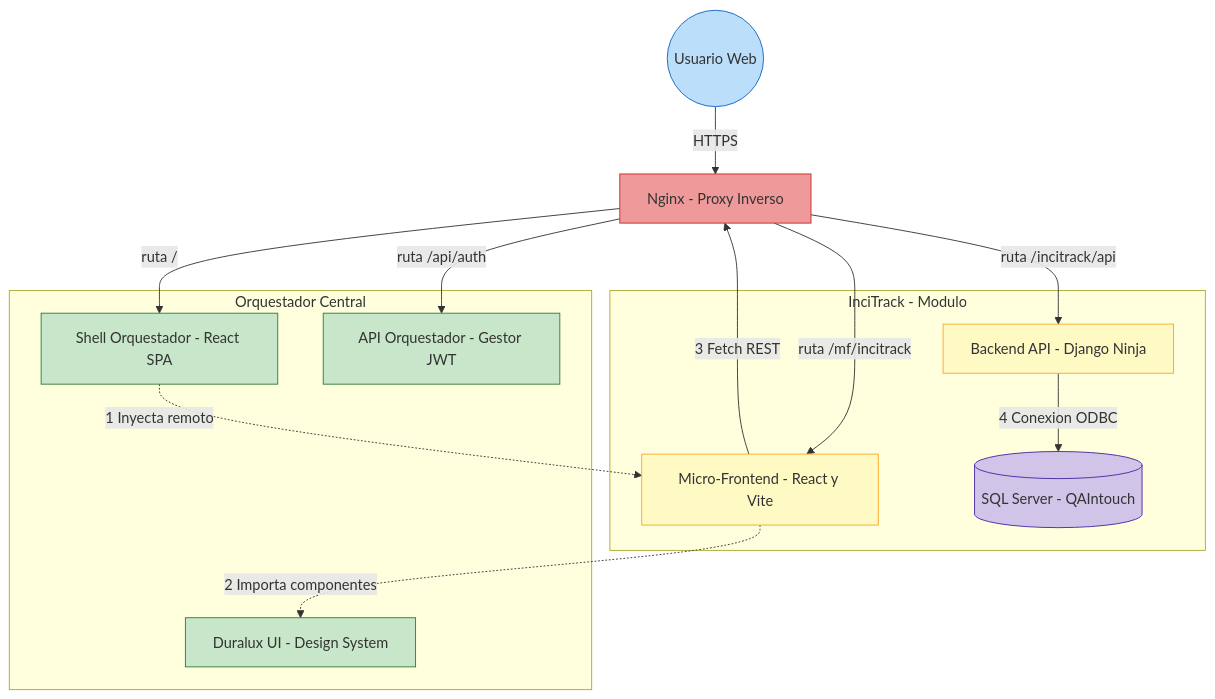
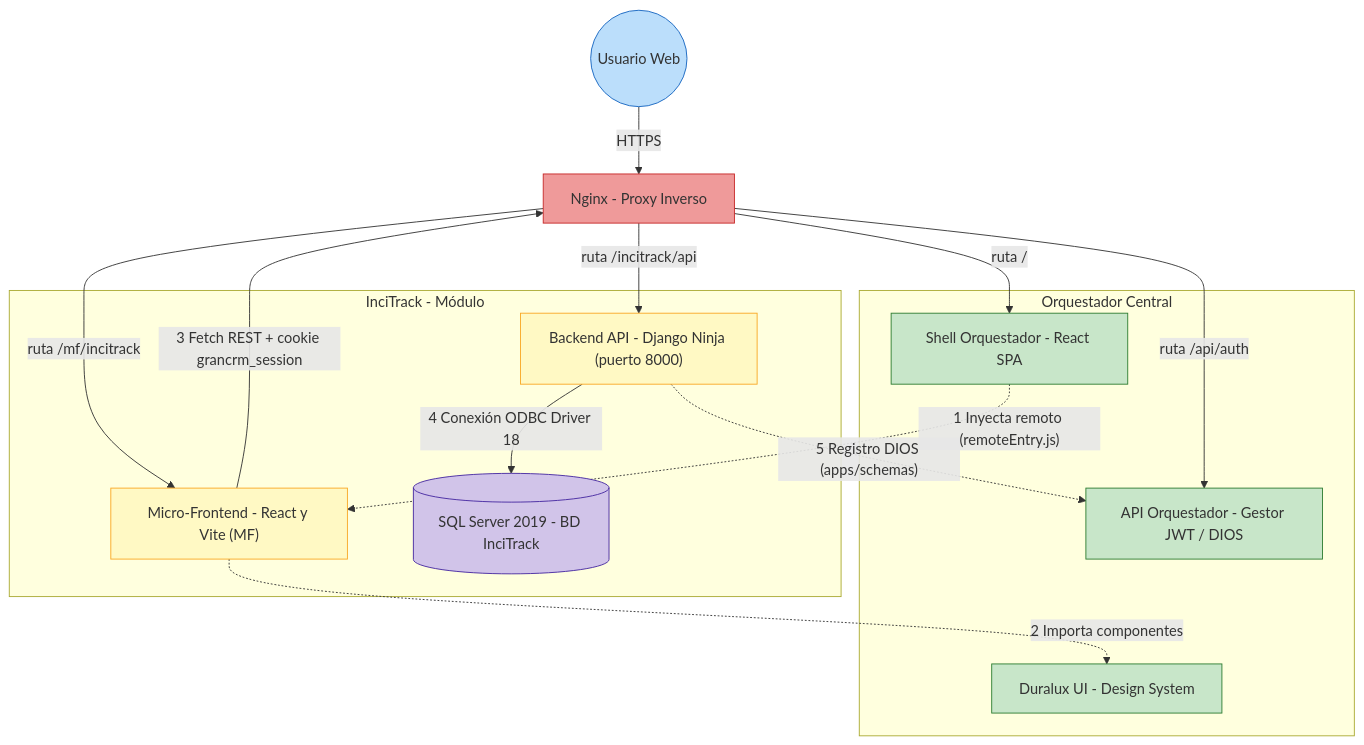
Before and after one commit to mauriciojilabert-svg/GranCrmEcosystem: the third of 6 diagrams in arquitectura_incitrack.md, drawn with Mermaid. The commit also changed other lines of this file and 5 other files, not shown here.

````diff
--- a/arquitectura_incitrack.md
+++ b/arquitectura_incitrack.md
@@ -74,37 +219,38 @@
 ```mermaid
 graph TD
     User(("Usuario Web"))
     Nginx["Nginx - Proxy Inverso"]
 
     subgraph orq ["Orquestador Central"]
         Shell["Shell Orquestador - React SPA"]
         Duralux["Duralux UI - Design System"]
-        Auth["API Orquestador - Gestor JWT"]
+        Auth["API Orquestador - Gestor JWT / DIOS"]
     end
 
-    subgraph inci ["InciTrack - Modulo"]
-        MF["Micro-Frontend - React y Vite"]
-        Backend["Backend API - Django Ninja"]
-        DB[("SQL Server - QAIntouch")]
+    subgraph inci ["InciTrack - Módulo"]
+        MF["Micro-Frontend - React y Vite (MF)"]
+        Backend["Backend API - Django Ninja (puerto 8000)"]
+        DB[("SQL Server 2019 - BD InciTrack")]
     end
 
     User -->|"HTTPS"| Nginx
     Nginx -->|"ruta /"| Shell
     Nginx -->|"ruta /api/auth"| Auth
     Nginx -->|"ruta /mf/incitrack"| MF
     Nginx -->|"ruta /incitrack/api"| Backend
 
-    Shell -.->|"1 Inyecta remoto"| MF
+    Shell -.->|"1 Inyecta remoto (remoteEntry.js)"| MF
     MF -.->|"2 Importa componentes"| Duralux
-    MF -->|"3 Fetch REST"| Nginx
-    Backend -->|"4 Conexion ODBC"| DB
+    MF -->|"3 Fetch REST + cookie grancrm_session"| Nginx
+    Backend -->|"4 Conexión ODBC Driver 18"| DB
+    Backend -.->|"5 Registro DIOS (apps/schemas)"| Auth
 
     style User fill:#bbdefb,stroke:#1565c0,color:#333
     style Nginx fill:#ef9a9a,stroke:#c62828,color:#333
     style Shell fill:#c8e6c9,stroke:#2e7d32,color:#333
     style Duralux fill:#c8e6c9,stroke:#2e7d32,color:#333
     style Auth fill:#c8e6c9,stroke:#2e7d32,color:#333
     style MF fill:#fff9c4,stroke:#f9a825,color:#333
     style Backend fill:#fff9c4,stroke:#f9a825,color:#333
     style DB fill:#d1c4e9,stroke:#4527a0,color:#333
 ```
````
